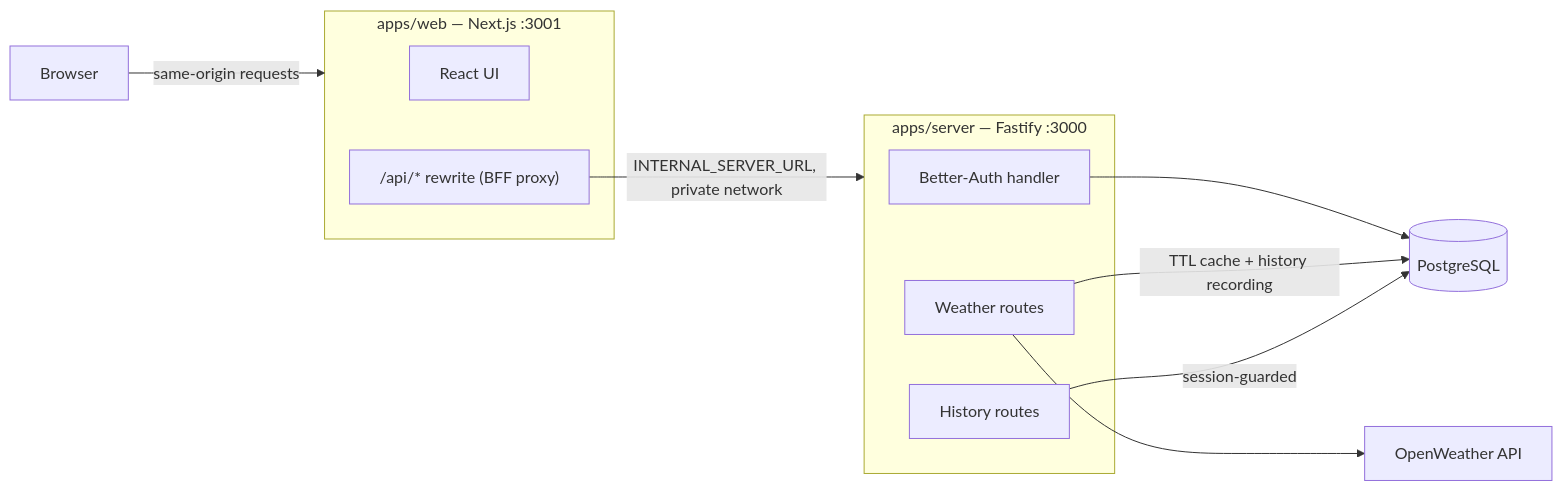
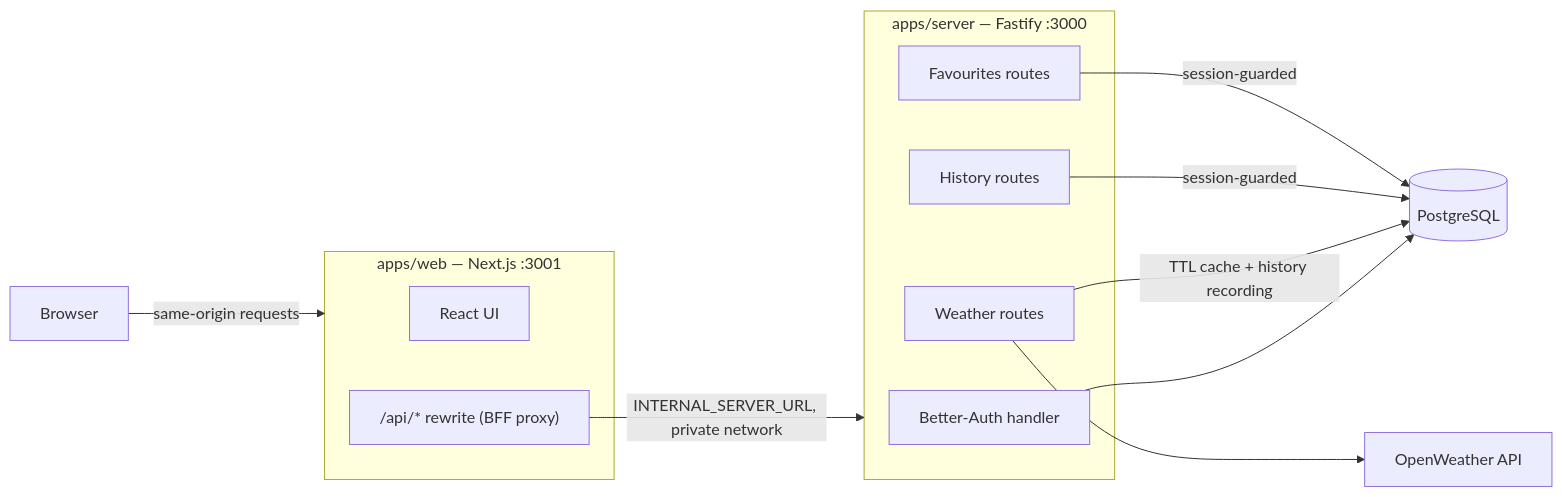
The diagram in ARCHITECTURE.md (CallumHughes/weather-app), drawn with Mermaid before and after one commit. The commit also changed other lines of this file and 47 other files, not shown here.

````diff
--- a/ARCHITECTURE.md
+++ b/ARCHITECTURE.md
@@ -7,22 +7,24 @@
 ```mermaid
 graph LR
   B[Browser]
   subgraph Web["apps/web — Next.js :3001"]
     UI[React UI]
     RW["/api/* rewrite (BFF proxy)"]
   end
   subgraph API["apps/server — Fastify :3000"]
     AUTH[Better-Auth handler]
     WX[Weather routes]
     HIST[History routes]
+    FAV[Favourites routes]
   end
   DB[(PostgreSQL)]
   EXT[OpenWeather API]
 
   B -->|same-origin requests| Web
   RW -->|INTERNAL_SERVER_URL, private network| API
   AUTH --> DB
   WX -->|TTL cache + history recording| DB
   HIST -->|session-guarded| DB
+  FAV -->|session-guarded| DB
   WX --> EXT
 ```
````
